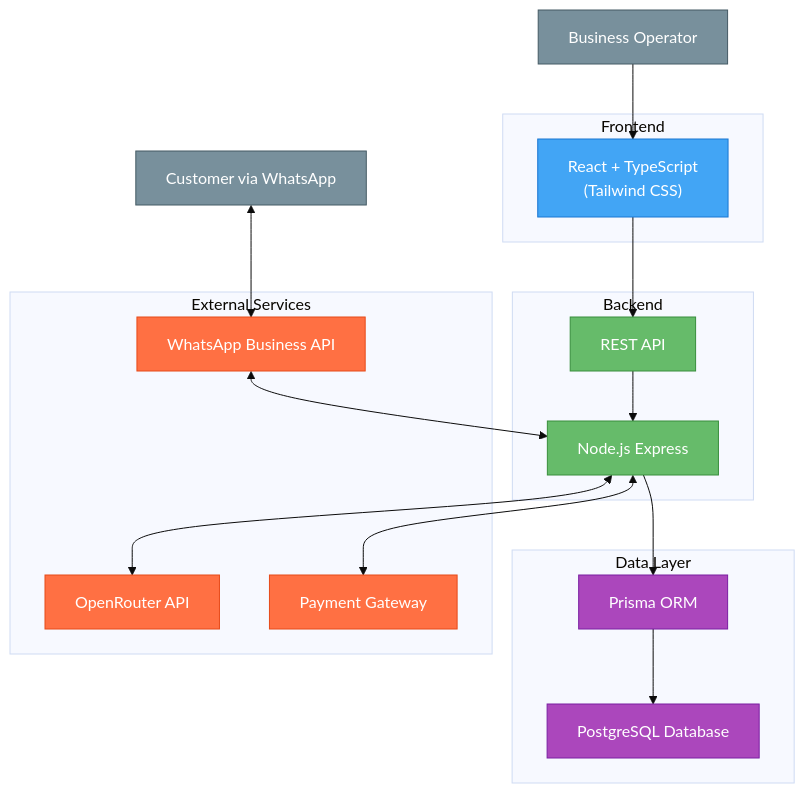
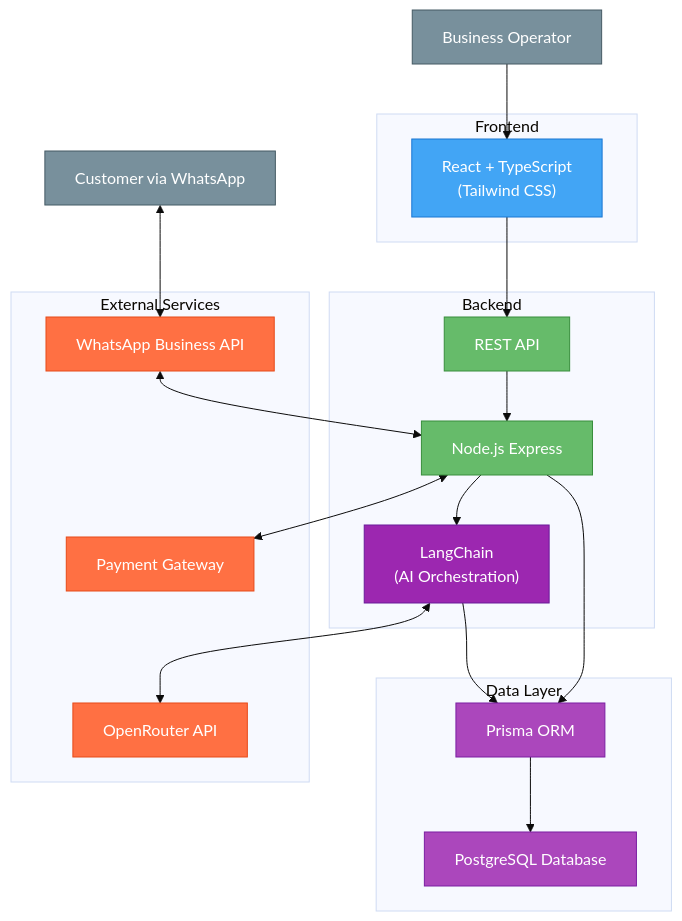
The first of 2 diagrams in readme.md (gelsogrove/AI4Devs-finalproject), drawn with Mermaid (base theme) before and after one commit. The commit also changed other lines of this file, not shown here.

First line of the commit message:
fix: update README for LangChain integration and image paths

````diff
--- a/readme.md
+++ b/readme.md
@@ -129,47 +129,52 @@
 ```mermaid
 flowchart TB
         User["Customer via WhatsApp"] 
         Operator["Business Operator"]
     
     subgraph "Frontend"
         React["React + TypeScript\n(Tailwind CSS)"]
     end
     
     subgraph "Backend"
         NodeJS["Node.js Express"]
         API["REST API"]
+        LangChain["LangChain\n(AI Orchestration)"]
     end
     
     subgraph "Data Layer"
         Prisma["Prisma ORM"]
         DB["PostgreSQL Database"]
     end
     
     subgraph "External Services"
         WhatsApp["WhatsApp Business API"]
         OpenRouter["OpenRouter API"]
         Payment["Payment Gateway"]
     end
     
     User <--> WhatsApp
     WhatsApp <--> NodeJS
     Operator --> React
     React --> API
     API --> NodeJS
+    NodeJS --> LangChain
+    LangChain <--> OpenRouter
     NodeJS --> Prisma
     Prisma --> DB
-    NodeJS <--> OpenRouter
+    LangChain --> Prisma
     NodeJS <--> Payment
     
     classDef frontend fill:#42A5F5,stroke:#1976D2,color:white
     classDef backend fill:#66BB6A,stroke:#388E3C,color:white
     classDef database fill:#AB47BC,stroke:#7B1FA2,color:white
     classDef external fill:#FF7043,stroke:#E64A19,color:white
     classDef user fill:#78909C,stroke:#455A64,color:white
+    classDef ai fill:#9C27B0,stroke:#6A1B9A,color:white
 
     class React frontend
     class NodeJS,API backend
+    class LangChain ai
     class Prisma,DB database
     class WhatsApp,OpenRouter,Payment external
     class User,Operator user
 ```
````
